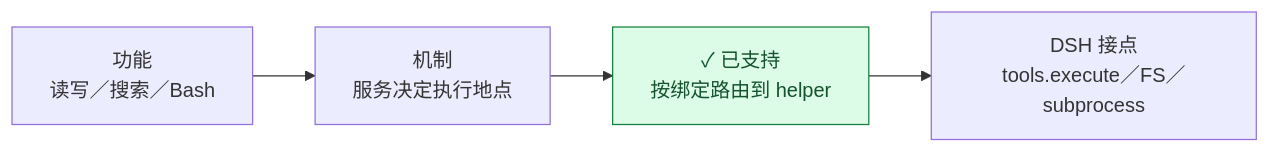
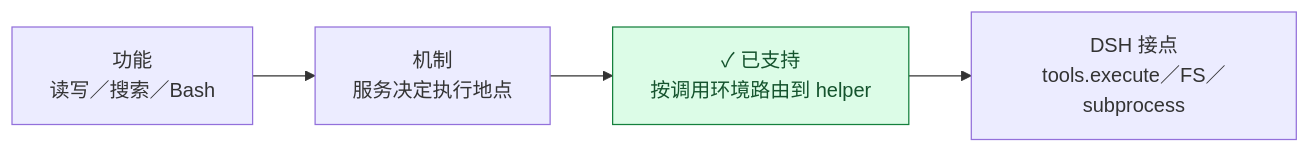
Before and after one commit to aur3l14no/dsh-remote: the third of 10 diagrams in docs/system-map.md, drawn with Mermaid. The commit also changed other lines of this file and 39 other files, not shown here.

````diff
--- a/docs/system-map.md
+++ b/docs/system-map.md
@@ -62,6 +62,6 @@
 ```mermaid
 flowchart LR
-  F["功能<br/>读写／搜索／Bash"] --> M["机制<br/>服务决定执行地点"] --> S["✓ 已支持<br/>按绑定路由到 helper"] --> U["DSH 接点<br/>tools.execute／FS／subprocess"]
+  F["功能<br/>读写／搜索／Bash"] --> M["机制<br/>服务决定执行地点"] --> S["✓ 已支持<br/>按调用环境路由到 helper"] --> U["DSH 接点<br/>tools.execute／FS／subprocess"]
   classDef done fill:#dcfce7,stroke:#15803d,color:#14532d
   class S done
 ```
````
